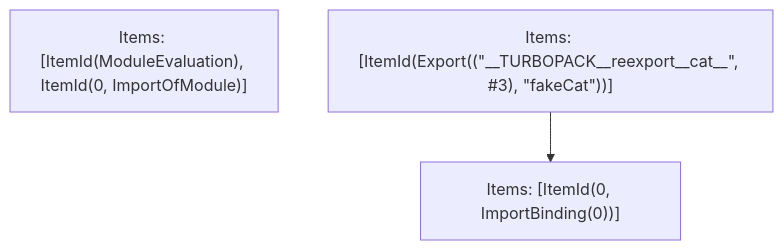
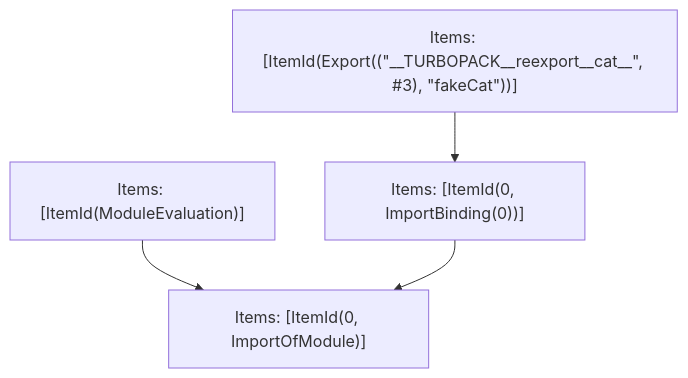
One commit to Dreitt/nextt changed the fifth of 5 diagrams in turbopack/crates/turbopack-ecmascript/tests/tree-shaker/analyzer/export-named/output.md. Above: the diagram before and after it, drawn with Mermaid. The commit also changed other lines of this file and 19 other files, not shown here.

````diff
--- a/turbopack/crates/turbopack-ecmascript/tests/tree-shaker/analyzer/export-named/output.md
+++ b/turbopack/crates/turbopack-ecmascript/tests/tree-shaker/analyzer/export-named/output.md
@@ -70,7 +70,10 @@
 ```mermaid
 graph TD
-    N0["Items: [ItemId(ModuleEvaluation), ItemId(0, ImportOfModule)]"];
+    N0["Items: [ItemId(ModuleEvaluation)]"];
     N1["Items: [ItemId(Export((&quot;__TURBOPACK__reexport__cat__&quot;, #3), &quot;fakeCat&quot;))]"];
-    N2["Items: [ItemId(0, ImportBinding(0))]"];
-    N1 --> N2;
+    N2["Items: [ItemId(0, ImportOfModule)]"];
+    N3["Items: [ItemId(0, ImportBinding(0))]"];
+    N1 --> N3;
+    N0 --> N2;
+    N3 --> N2;
 ```
````
